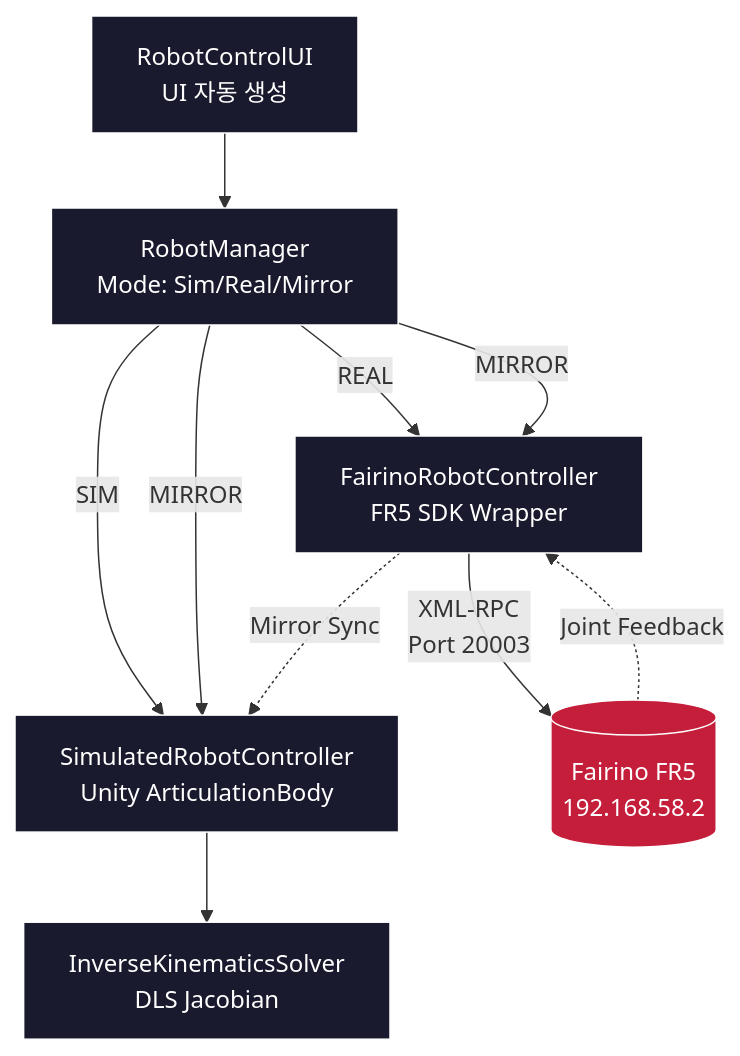
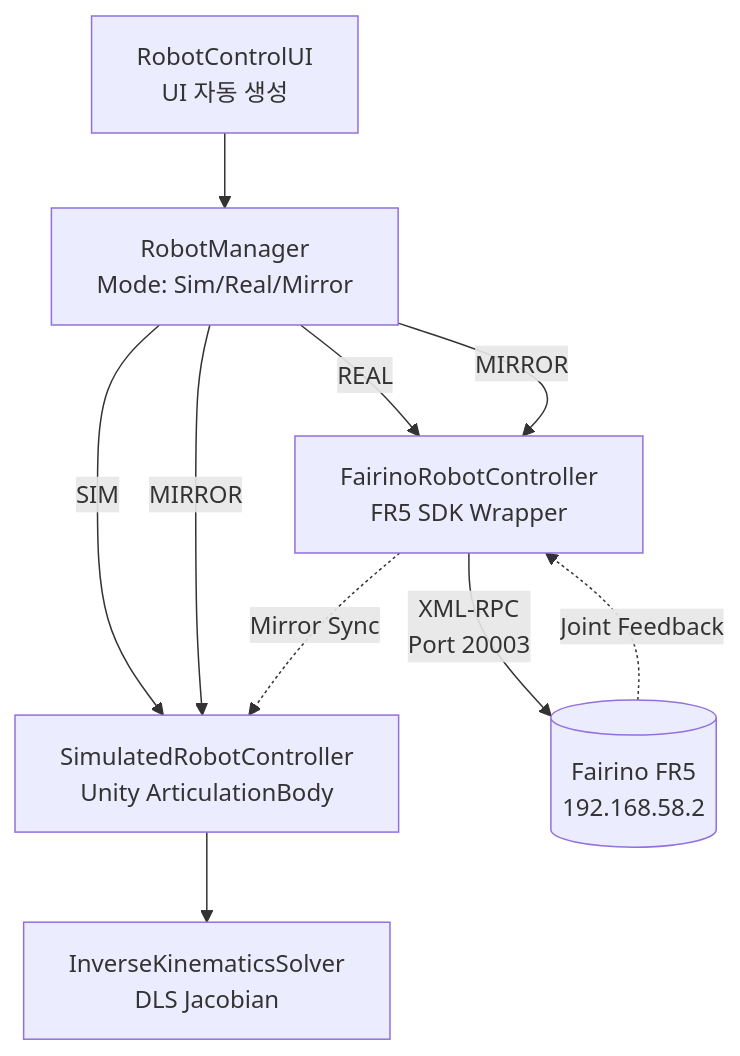
The diagram in README.md (kimar1022-code/fairino-fr5-digital-twin), drawn with Mermaid before and after one commit. The commit also changed other lines of this file, not shown here.

````diff
--- a/README.md
+++ b/README.md
@@ -49,24 +35,19 @@
 ```mermaid
 flowchart TD
     UI[RobotControlUI<br/>UI 자동 생성]
     Mgr[RobotManager<br/>Mode: Sim/Real/Mirror]
     Sim[SimulatedRobotController<br/>Unity ArticulationBody]
     Real[FairinoRobotController<br/>FR5 SDK Wrapper]
     IK[InverseKinematicsSolver<br/>DLS Jacobian]
     Robot[(Fairino FR5<br/>192.168.58.2)]
 
     UI --> Mgr
     Mgr -->|SIM| Sim
     Mgr -->|REAL| Real
     Mgr -->|MIRROR| Sim
     Mgr -->|MIRROR| Real
     Sim --> IK
     Real -->|XML-RPC<br/>Port 20003| Robot
     Robot -.->|Joint Feedback| Real
     Real -.->|Mirror Sync| Sim
-
-    classDef unity fill:#1a1a2e,stroke:#fff,color:#fff
-    classDef robot fill:#c41e3a,stroke:#fff,color:#fff
-    class UI,Mgr,Sim,Real,IK unity
-    class Robot robot
 ```
````
